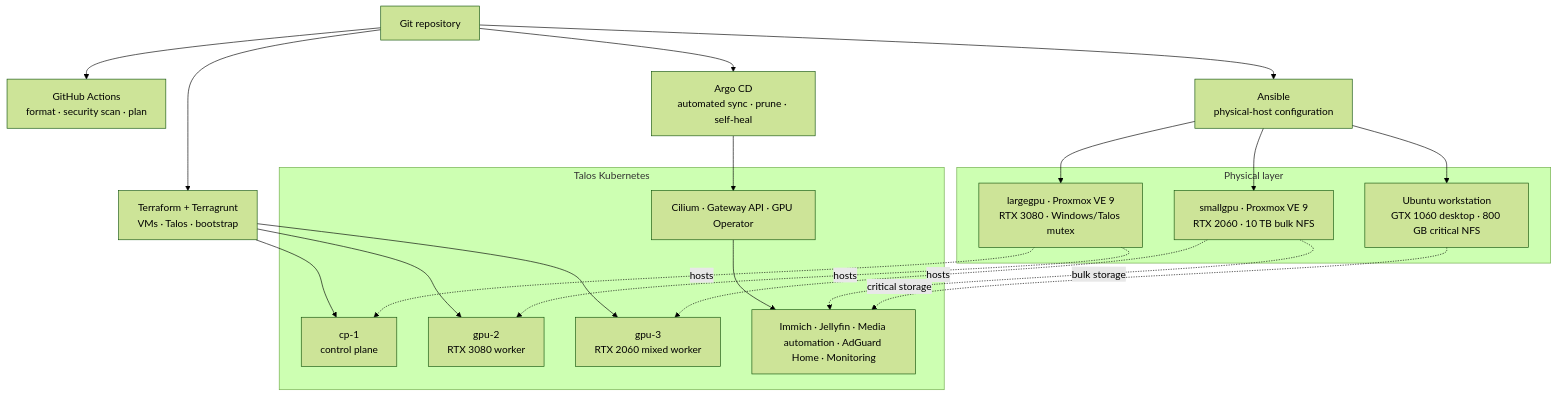
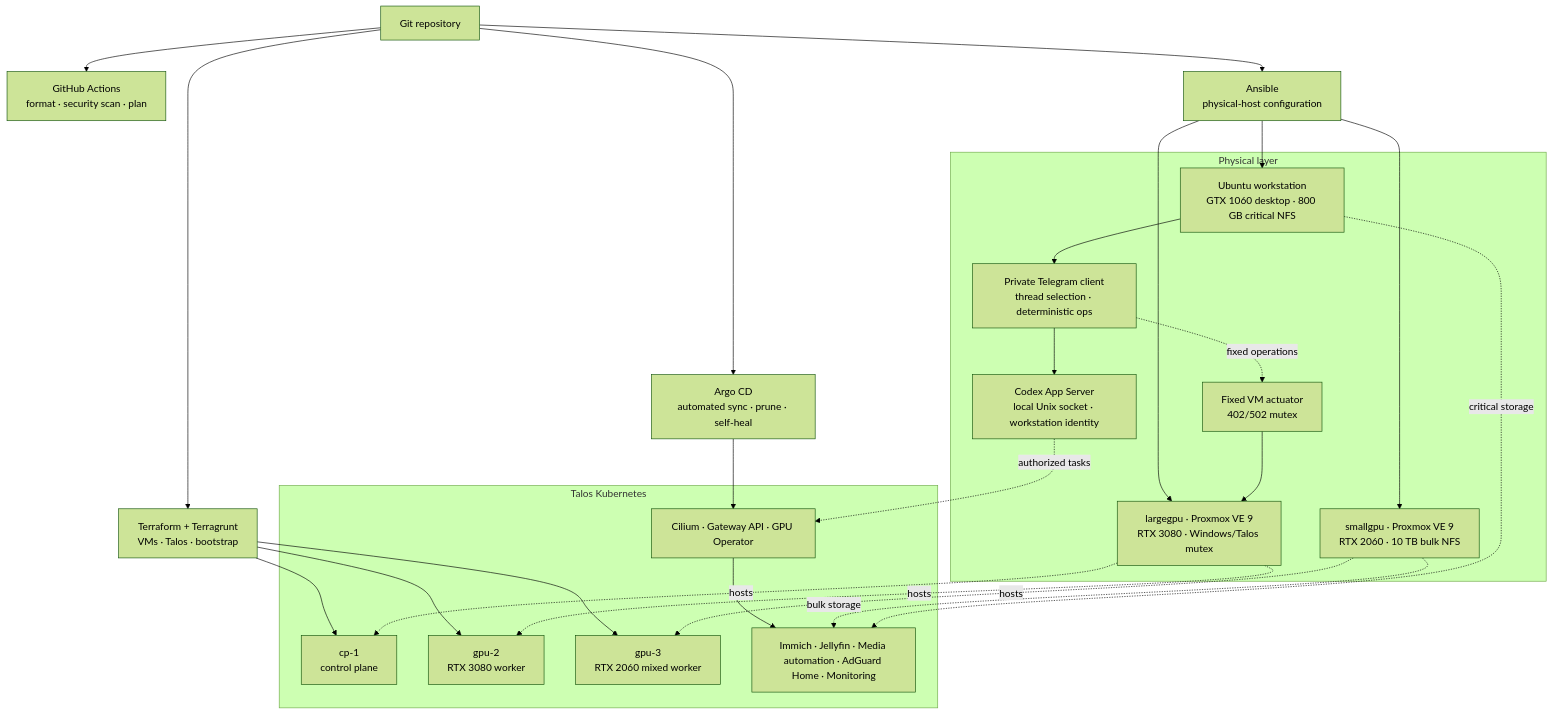
The first of 2 diagrams in README.md (kfir-marx/homelab), drawn with Mermaid (forest theme) before and after one commit. The commit also changed other lines of this file and 63 other files, not shown here.

First line of the commit message:
feat(homelab): deploy workstation Codex assistant

````diff
--- a/README.md
+++ b/README.md
@@ -39,39 +39,45 @@
 ```mermaid
 flowchart TB
     Git["Git repository"]
     CI["GitHub Actions<br/>format · security scan · plan"]
     Ansible["Ansible<br/>physical-host configuration"]
     IaC["Terraform + Terragrunt<br/>VMs · Talos · bootstrap"]
     Argo["Argo CD<br/>automated sync · prune · self-heal"]
 
     subgraph Physical["Physical layer"]
         Small["smallgpu · Proxmox VE 9<br/>RTX 2060 · 10 TB bulk NFS"]
         Large["largegpu · Proxmox VE 9<br/>RTX 3080 · Windows/Talos mutex"]
         Ubuntu["Ubuntu workstation<br/>GTX 1060 desktop · 800 GB critical NFS"]
+        Assistant["Private Telegram client<br/>thread selection · deterministic ops"]
+        Codex["Codex App Server<br/>local Unix socket · workstation identity"]
+        Actuator["Fixed VM actuator<br/>402/502 mutex"]
     end
 
     subgraph Cluster["Talos Kubernetes"]
         CP["cp-1<br/>control plane"]
         GPU2["gpu-2<br/>RTX 3080 worker"]
         GPU3["gpu-3<br/>RTX 2060 mixed worker"]
         Platform["Cilium · Gateway API · GPU Operator"]
         Apps["Immich · Jellyfin · Media automation · AdGuard Home · Monitoring"]
     end
 
     Git --> CI
     Git --> Ansible
     Git --> IaC
     Git --> Argo
     Ansible --> Small
     Ansible --> Large
     Ansible --> Ubuntu
+    Ubuntu --> Assistant --> Codex
+    Assistant -. fixed operations .-> Actuator --> Large
+    Codex -. authorized tasks .-> Platform
     IaC --> CP
     IaC --> GPU2
     IaC --> GPU3
     Small -. hosts .-> GPU3
     Large -. hosts .-> CP
     Large -. hosts .-> GPU2
     Argo --> Platform --> Apps
     Small -. bulk storage .-> Apps
     Ubuntu -. critical storage .-> Apps
 ```
````
